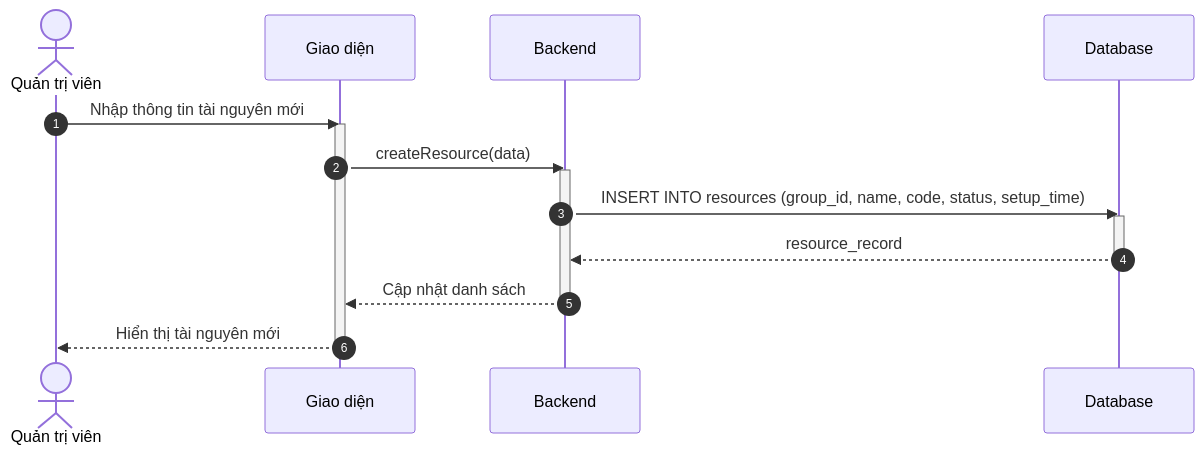
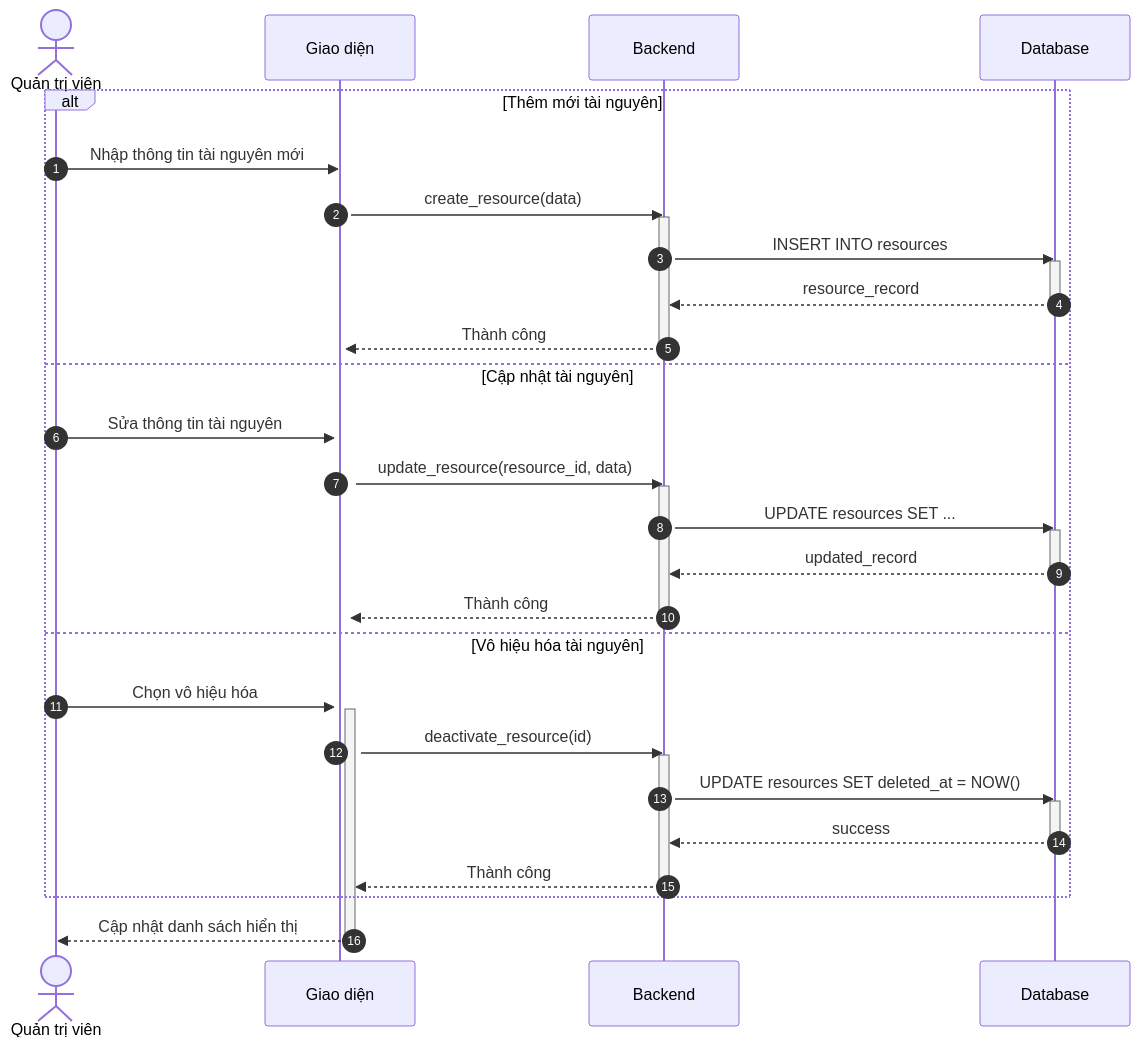
The second of 11 diagrams in docs/design/sequences/admin_flows.md (ngoctinn/Synapse), drawn with Mermaid before and after one commit. The commit also changed other lines of this file and 7 other files, not shown here.

Commit message:
docs: Add initial design documentation for system flows, use cases, and data specification.

````diff
--- a/docs/design/sequences/admin_flows.md
+++ b/docs/design/sequences/admin_flows.md
@@ -62,24 +81,45 @@
 ```mermaid
 sequenceDiagram
     autonumber
     actor QTV as Quản trị viên
     participant UI as Giao diện
     participant BE as Backend
     participant DB as Database
 
-    QTV->>UI: Nhập thông tin tài nguyên mới
-    activate UI
-    UI->>BE: createResource(data)
-    activate BE
-
-    BE->>DB: INSERT INTO resources (group_id, name, code, status, setup_time)
-    activate DB
-    DB-->>BE: resource_record
-    deactivate DB
-
-    BE-->>UI: Cập nhật danh sách
-    deactivate BE
-
-    UI-->>QTV: Hiển thị tài nguyên mới
+    alt Thêm mới tài nguyên
+        QTV->>UI: Nhập thông tin tài nguyên mới
+        activate UI
+        UI->>BE: create_resource(data)
+        activate BE
+        BE->>DB: INSERT INTO resources
+        activate DB
+        DB-->>BE: resource_record
+        deactivate DB
+        BE-->>UI: Thành công
+        deactivate BE
+    else Cập nhật tài nguyên
+        QTV->>UI: Sửa thông tin tài nguyên
+        activate UI
+        UI->>BE: update_resource(resource_id, data)
+        activate BE
+        BE->>DB: UPDATE resources SET ...
+        activate DB
+        DB-->>BE: updated_record
+        deactivate DB
+        BE-->>UI: Thành công
+        deactivate BE
+    else Vô hiệu hóa tài nguyên
+        QTV->>UI: Chọn vô hiệu hóa
+        activate UI
+        UI->>BE: deactivate_resource(id)
+        activate BE
+        BE->>DB: UPDATE resources SET deleted_at = NOW()
+        activate DB
+        DB-->>BE: success
+        deactivate DB
+        BE-->>UI: Thành công
+        deactivate BE
+    end
+    UI-->>QTV: Cập nhật danh sách hiển thị
     deactivate UI
 ```
````
